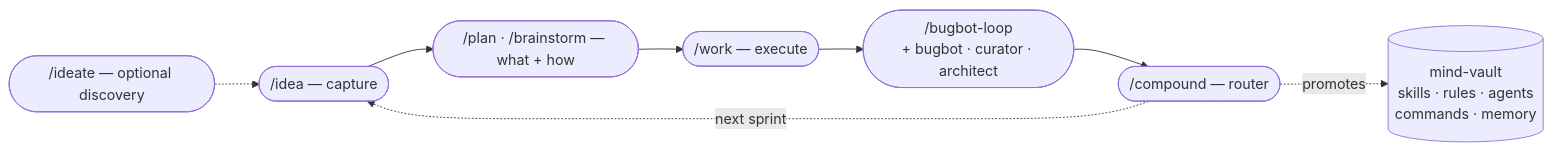
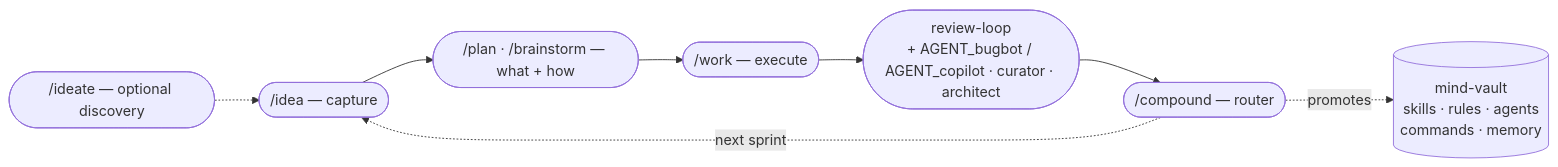
Before and after one commit to infohata/mind-vault: the diagram in docs/SPRINT_WORKFLOW.md, drawn with Mermaid. The commit also changed other lines of this file and 42 other files, not shown here.

````diff
--- a/docs/SPRINT_WORKFLOW.md
+++ b/docs/SPRINT_WORKFLOW.md
@@ -5,10 +5,10 @@
 ```mermaid
 flowchart LR
     I0(["/ideate — optional discovery"]) -.-> I1
     I1(["/idea — capture"]) --> P
     P(["/plan · /brainstorm — what + how"]) --> W
     W(["/work — execute"]) --> R
-    R(["/bugbot-loop\n+ bugbot · curator · architect"]) --> C
+    R(["review-loop\n+ AGENT_bugbot / AGENT_copilot · curator · architect"]) --> C
     C(["/compound — router"]) -.promotes.-> V[("mind-vault\nskills · rules · agents\ncommands · memory")]
     C -.next sprint.-> I1
 ```
````
